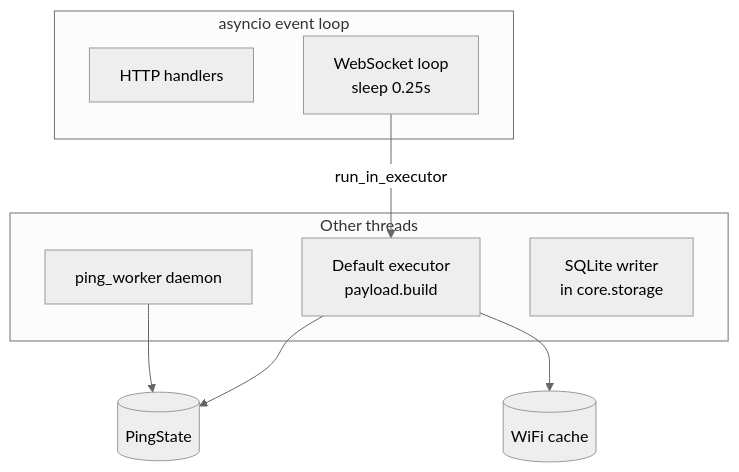
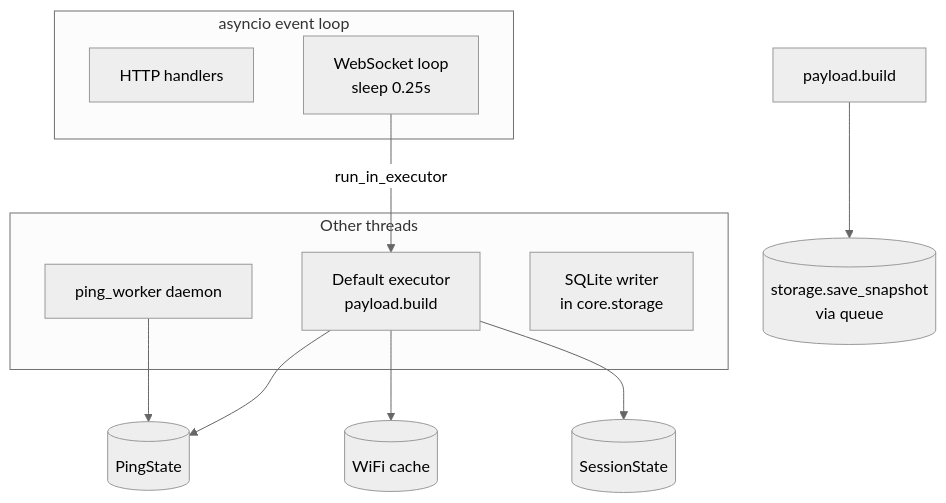
Before and after one commit to Nicosiak/Netscope: the tenth of 10 diagrams in docs/PROJECT_DEEP_DIVE.md, drawn with Mermaid (neutral theme). The commit also changed other lines of this file and 43 other files, not shown here.

````diff
--- a/docs/PROJECT_DEEP_DIVE.md
+++ b/docs/PROJECT_DEEP_DIVE.md
@@ -306,18 +378,20 @@
 ```mermaid
 flowchart TB
     subgraph Asyncio["asyncio event loop"]
         H[HTTP handlers]
         W[WebSocket loop\nsleep 0.25s]
     end
 
     subgraph Threads["Other threads"]
         EX[Default executor\npayload.build]
         PW[ping_worker daemon]
         SQ[SQLite writer\nin core.storage]
     end
 
     W -->|run_in_executor| EX
     PW --> PS[(PingState)]
     EX --> PS
     EX --> Wi[(WiFi cache)]
+    EX --> SS[(SessionState)]
+    PL[payload.build] --> STOR[(storage.save_snapshot\nvia queue)]
 ```
````
